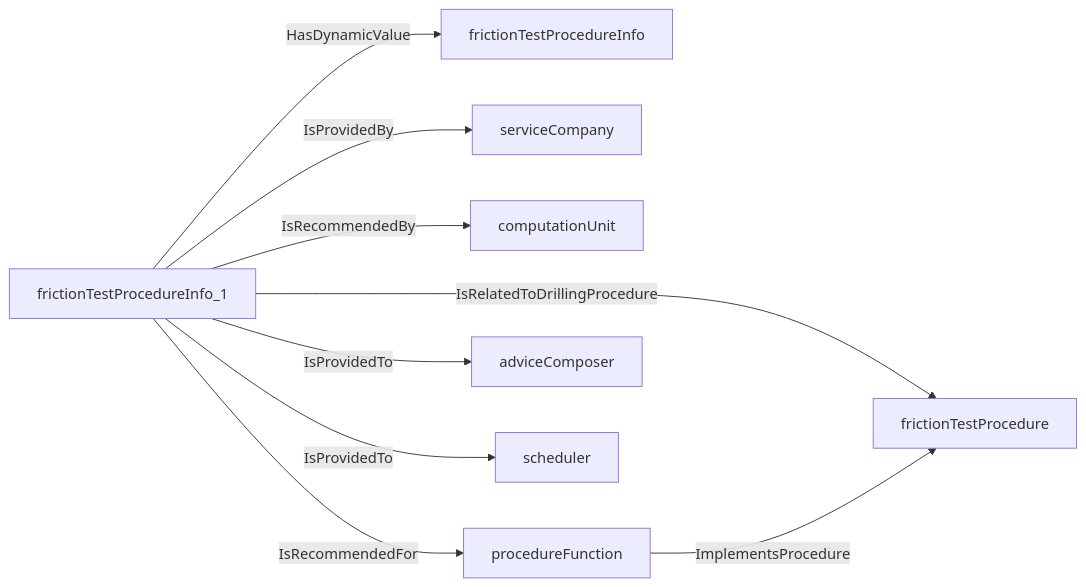
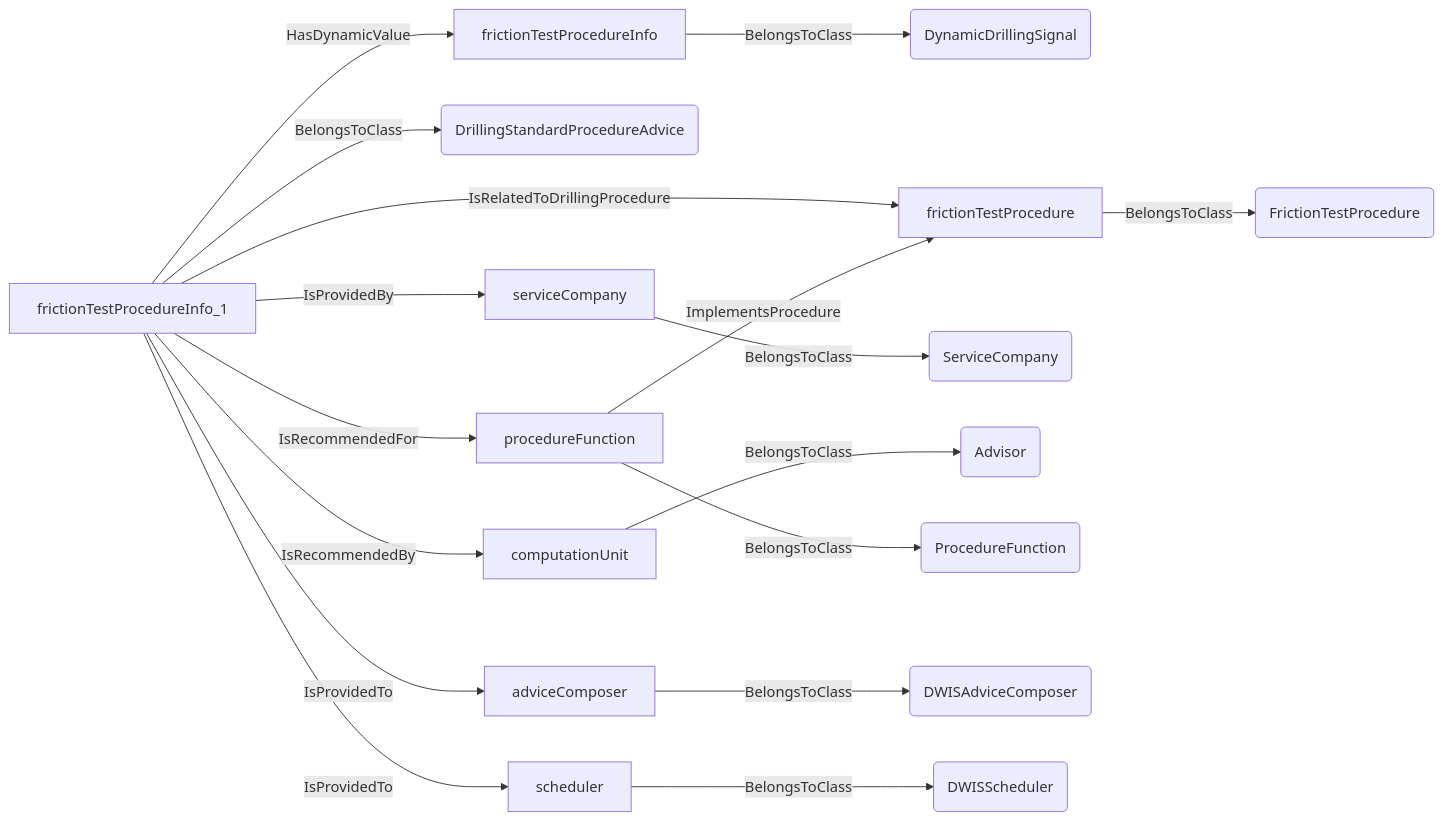
One commit to D-WIS/DDHub-Semantic-Interoperability changed the ninth of 19 diagrams in docs/vocabulary_development/auto-generated/md/definition-files/DrillingProcedure.md. Above: the diagram before and after it, drawn with Mermaid. The commit also changed other lines of this file and 14 other files, not shown here.

````diff
--- a/docs/vocabulary_development/auto-generated/md/definition-files/DrillingProcedure.md
+++ b/docs/vocabulary_development/auto-generated/md/definition-files/DrillingProcedure.md
@@ -442,11 +554,19 @@
 ```mermaid
 graph LR
-	N0000[frictionTestProcedureInfo_1] -->|HasDynamicValue| N0001[frictionTestProcedureInfo] 
-	N0000[frictionTestProcedureInfo_1] -->|IsRelatedToDrillingProcedure| N0002[frictionTestProcedure] 
-	N0000[frictionTestProcedureInfo_1] -->|IsProvidedBy| N0003[serviceCompany] 
-	N0000[frictionTestProcedureInfo_1] -->|IsRecommendedBy| N0004[computationUnit] 
-	N0005[procedureFunction] -->|ImplementsProcedure| N0002[frictionTestProcedure] 
-	N0000[frictionTestProcedureInfo_1] -->|IsRecommendedFor| N0005[procedureFunction] 
-	N0000[frictionTestProcedureInfo_1] -->|IsProvidedTo| N0006[adviceComposer] 
-	N0000[frictionTestProcedureInfo_1] -->|IsProvidedTo| N0007[scheduler] 
+	N0000[frictionTestProcedureInfo] -->|BelongsToClass| N0001(DynamicDrillingSignal) 
+	N0002[frictionTestProcedureInfo_1] -->|BelongsToClass| N0003(DrillingStandardProcedureAdvice) 
+	N0002[frictionTestProcedureInfo_1] -->|HasDynamicValue| N0000[frictionTestProcedureInfo] 
+	N0004[frictionTestProcedure] -->|BelongsToClass| N0005(FrictionTestProcedure) 
+	N0002[frictionTestProcedureInfo_1] -->|IsRelatedToDrillingProcedure| N0004[frictionTestProcedure] 
+	N0006[serviceCompany] -->|BelongsToClass| N0007(ServiceCompany) 
+	N0002[frictionTestProcedureInfo_1] -->|IsProvidedBy| N0006[serviceCompany] 
+	N0008[computationUnit] -->|BelongsToClass| N0009(Advisor) 
+	N0002[frictionTestProcedureInfo_1] -->|IsRecommendedBy| N0008[computationUnit] 
+	N0010[procedureFunction] -->|BelongsToClass| N0011(ProcedureFunction) 
+	N0010[procedureFunction] -->|ImplementsProcedure| N0004[frictionTestProcedure] 
+	N0002[frictionTestProcedureInfo_1] -->|IsRecommendedFor| N0010[procedureFunction] 
+	N0012[adviceComposer] -->|BelongsToClass| N0013(DWISAdviceComposer) 
+	N0002[frictionTestProcedureInfo_1] -->|IsProvidedTo| N0012[adviceComposer] 
+	N0014[scheduler] -->|BelongsToClass| N0015(DWISScheduler) 
+	N0002[frictionTestProcedureInfo_1] -->|IsProvidedTo| N0014[scheduler] 
 ```
````
